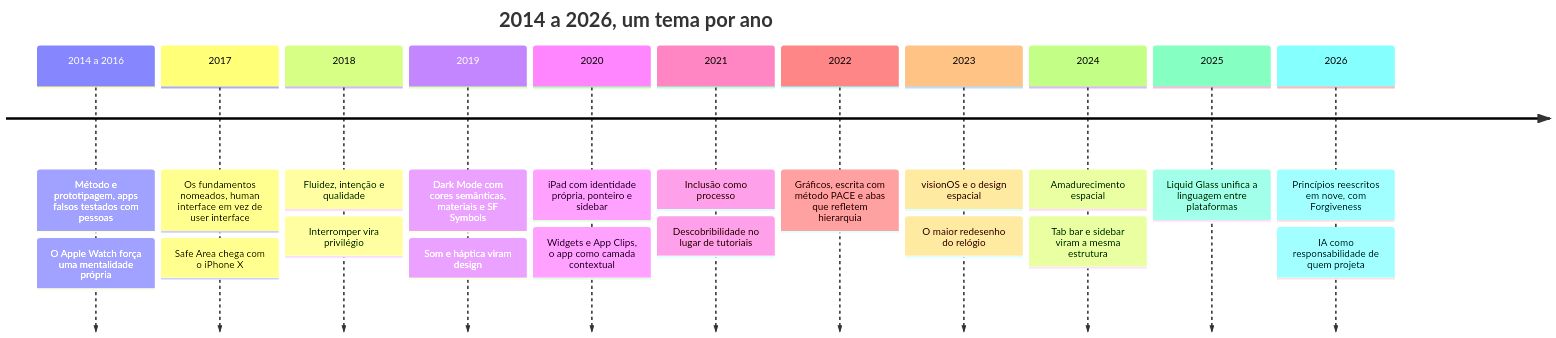
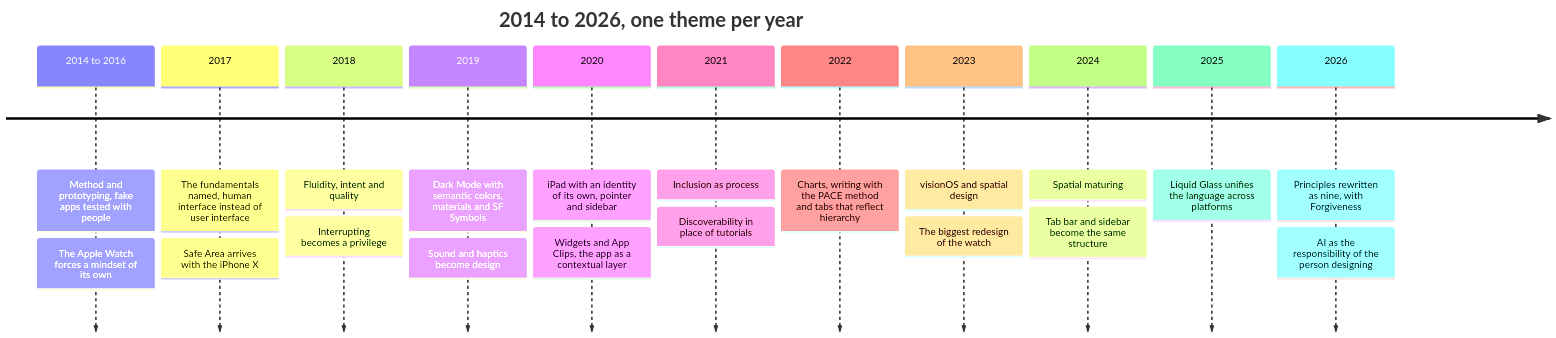
The third of 3 diagrams in README.md (guilannes2/apple-design-kb), drawn with Mermaid before and after one commit. The commit also changed other lines of this file and 426 other files, not shown here.

````diff
--- a/README.md
+++ b/README.md
@@ -205,15 +205,15 @@
 ```mermaid
 timeline
-    title 2014 a 2026, um tema por ano
-    2014 a 2016 : Método e prototipagem, apps falsos testados com pessoas : O Apple Watch força uma mentalidade própria
-    2017 : Os fundamentos nomeados, human interface em vez de user interface : Safe Area chega com o iPhone X
-    2018 : Fluidez, intenção e qualidade : Interromper vira privilégio
-    2019 : Dark Mode com cores semânticas, materiais e SF Symbols : Som e háptica viram design
-    2020 : iPad com identidade própria, ponteiro e sidebar : Widgets e App Clips, o app como camada contextual
-    2021 : Inclusão como processo : Descobribilidade no lugar de tutoriais
-    2022 : Gráficos, escrita com método PACE e abas que refletem hierarquia
-    2023 : visionOS e o design espacial : O maior redesenho do relógio
-    2024 : Amadurecimento espacial : Tab bar e sidebar viram a mesma estrutura
-    2025 : Liquid Glass unifica a linguagem entre plataformas
-    2026 : Princípios reescritos em nove, com Forgiveness : IA como responsabilidade de quem projeta
+    title 2014 to 2026, one theme per year
+    2014 to 2016 : Method and prototyping, fake apps tested with people : The Apple Watch forces a mindset of its own
+    2017 : The fundamentals named, human interface instead of user interface : Safe Area arrives with the iPhone X
+    2018 : Fluidity, intent and quality : Interrupting becomes a privilege
+    2019 : Dark Mode with semantic colors, materials and SF Symbols : Sound and haptics become design
+    2020 : iPad with an identity of its own, pointer and sidebar : Widgets and App Clips, the app as a contextual layer
+    2021 : Inclusion as process : Discoverability in place of tutorials
+    2022 : Charts, writing with the PACE method and tabs that reflect hierarchy
+    2023 : visionOS and spatial design : The biggest redesign of the watch
+    2024 : Spatial maturing : Tab bar and sidebar become the same structure
+    2025 : Liquid Glass unifies the language across platforms
+    2026 : Principles rewritten as nine, with Forgiveness : AI as the responsibility of the person designing
 ```
````
